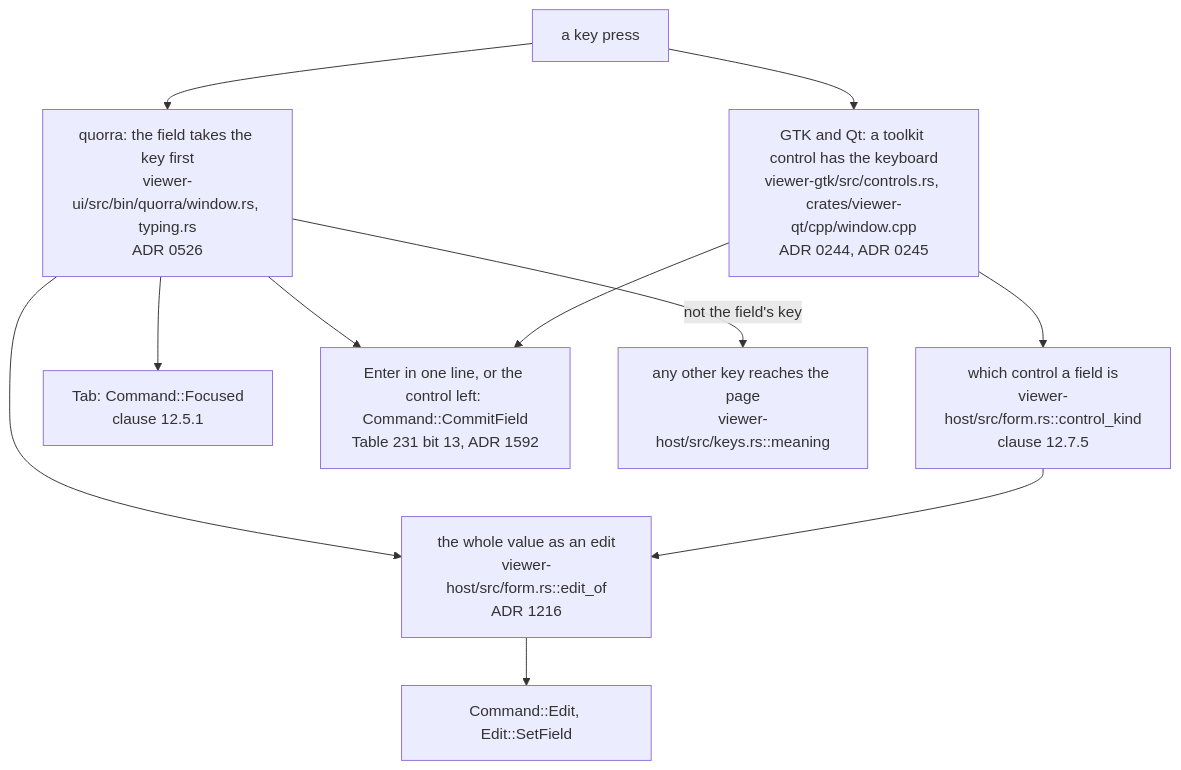
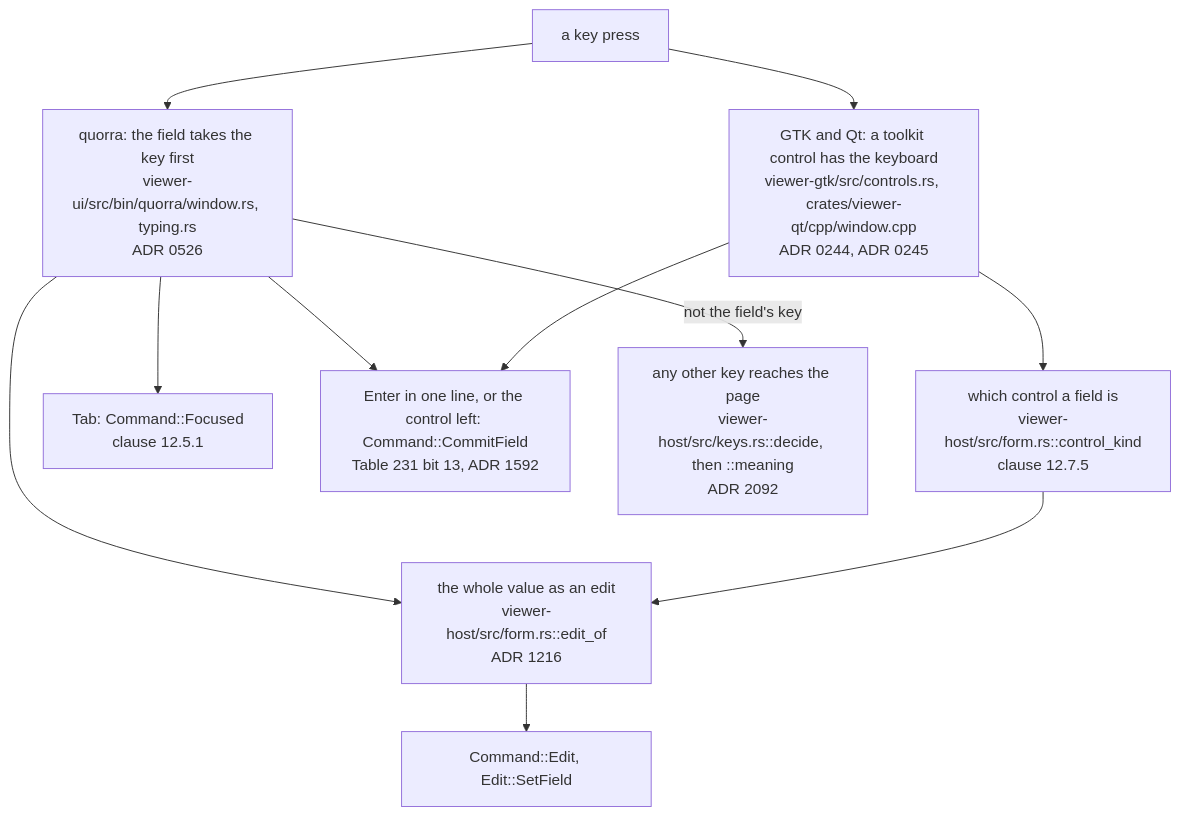
One commit to close2/pdf-viewer changed the third of 7 diagrams in doc/teaching/how-a-form-field-is-filled.md. Above: the diagram before and after it, drawn with Mermaid. The commit also changed other lines of this file and 155 other files, not shown here.

````diff
--- a/doc/teaching/how-a-form-field-is-filled.md
+++ b/doc/teaching/how-a-form-field-is-filled.md
@@ -201,23 +202,23 @@
 ```mermaid
 flowchart TD
     PRESS["a key press"]
     QUO["quorra: the field takes the key first<br/>viewer-ui/src/bin/quorra/window.rs, typing.rs<br/>ADR 0526"]
     TK["GTK and Qt: a toolkit control has the keyboard<br/>viewer-gtk/src/controls.rs, crates/viewer-qt/cpp/window.cpp<br/>ADR 0244, ADR 0245"]
     KIND["which control a field is<br/>viewer-host/src/form.rs::control_kind<br/>clause 12.7.5"]
     EDIT["the whole value as an edit<br/>viewer-host/src/form.rs::edit_of<br/>ADR 1216"]
     SET["Command::Edit, Edit::SetField"]
     TAB["Tab: Command::Focused<br/>clause 12.5.1"]
     COMMIT["Enter in one line, or the control left: Command::CommitField<br/>Table 231 bit 13, ADR 1592"]
-    PAGEKEY["any other key reaches the page<br/>viewer-host/src/keys.rs::meaning"]
+    PAGEKEY["any other key reaches the page<br/>viewer-host/src/keys.rs::decide, then ::meaning<br/>ADR 2092"]
 
     PRESS --> QUO
     PRESS --> TK
     TK --> KIND
     QUO --> EDIT
     KIND --> EDIT
     EDIT --> SET
     QUO --> TAB
     QUO --> COMMIT
     TK --> COMMIT
     QUO -->|"not the field's key"| PAGEKEY
 ```
````
